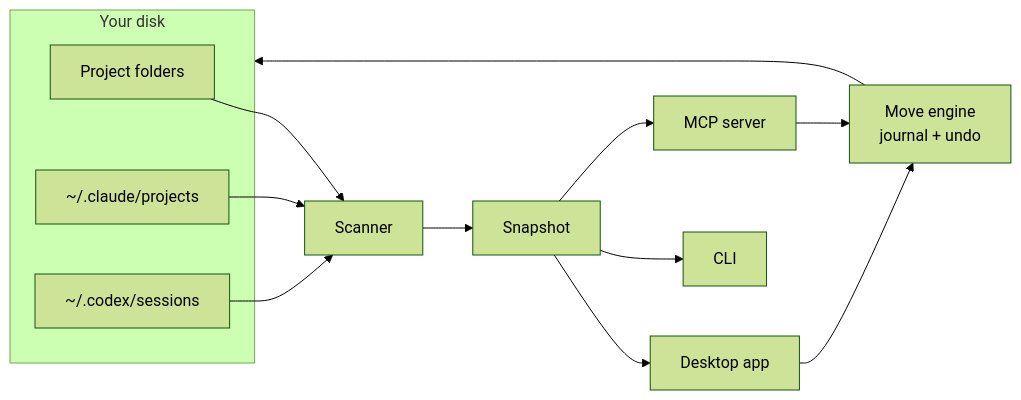
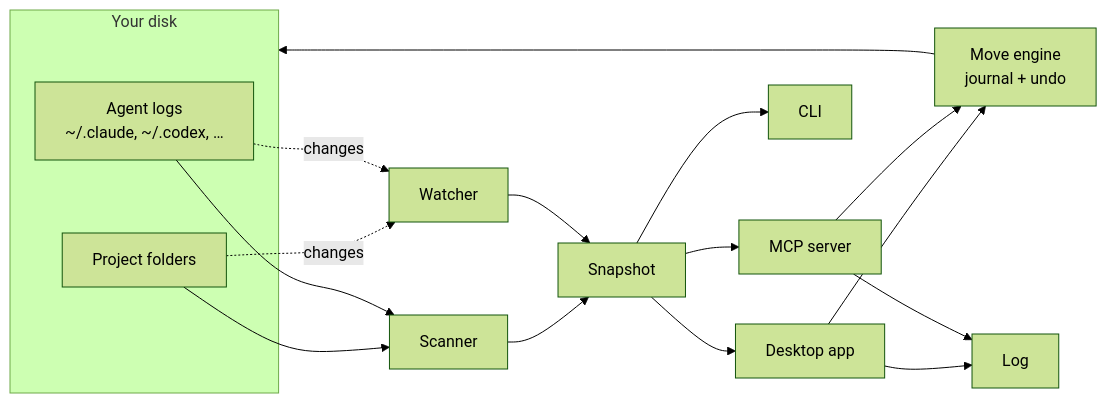
Before and after one commit to mrramdn/laci: the diagram in README.md, drawn with Mermaid (forest theme). The commit also changed other lines of this file and 11 other files, not shown here.

````diff
--- a/README.md
+++ b/README.md
@@ -182,14 +215,14 @@
 ```mermaid
 flowchart LR
   subgraph disk[Your disk]
     P[Project folders]
-    C["~/.claude/projects"]
-    X["~/.codex/sessions"]
+    C["Agent logs<br/>~/.claude, ~/.codex, …"]
   end
-  P & C & X --> S[Scanner] --> N[Snapshot]
+  P & C --> S[Scanner] --> N[Snapshot]
+  P & C -. changes .-> W[Watcher] --> N
   N --> A[Desktop app]
   N --> L[CLI]
   N --> M[MCP server]
-  A & M --> E[Move engine<br/>journal + undo]
-  E --> disk
+  A & M --> E[Move engine<br/>journal + undo] --> disk
+  A & M --> G[Log]
 ```
````
